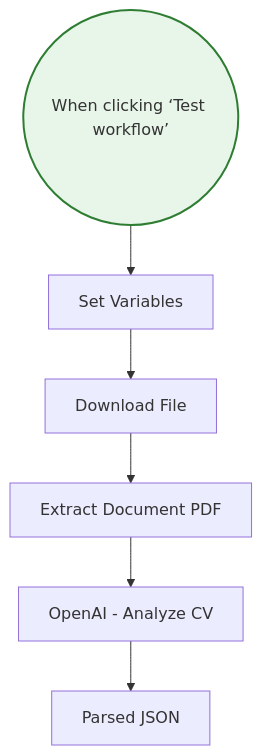
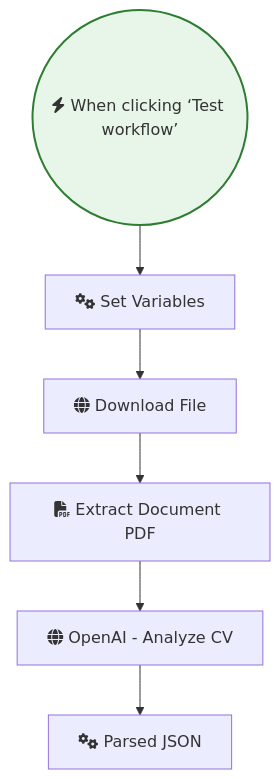
Before and after one commit to sreyash3105/N8N-DEMO-AUTOMATIONS: the diagram in HR_and_Recruitment/CV Screening with OpenAI.md, drawn with Mermaid. The commit also changed 291 other files, not shown here.

````diff
--- a/HR_and_Recruitment/CV Screening with OpenAI.md
+++ b/HR_and_Recruitment/CV Screening with OpenAI.md
@@ -1,19 +1,19 @@
 ```mermaid
 graph TD
     classDef trigger fill:#e8f5e9,stroke:#2e7d32,stroke-width:2px;
     classDef ai fill:#e3f2fd,stroke:#1565c0,stroke-width:2px;
     classDef logic fill:#fff3e0,stroke:#ef6c00,stroke-width:2px;
 
-    Extract_Document_PDF["Extract Document PDF"]
-    Download_File["Download File"]
-    When_clicking__Test_workflow_(("When clicking ‘Test workflow’")):::trigger
-    OpenAI___Analyze_CV["OpenAI - Analyze CV"]
-    Set_Variables["Set Variables"]
-    Parsed_JSON["Parsed JSON"]
+    Extract_Document_PDF["fas:fa-file-pdf Extract Document PDF"]
+    Download_File["fas:fa-globe Download File"]
+    When_clicking__Test_workflow_(("fas:fa-bolt When clicking ‘Test workflow’")):::trigger
+    OpenAI___Analyze_CV["fas:fa-globe OpenAI - Analyze CV"]
+    Set_Variables["fas:fa-cogs Set Variables"]
+    Parsed_JSON["fas:fa-cogs Parsed JSON"]
 
     Download_File --> Extract_Document_PDF
     Set_Variables --> Download_File
     OpenAI___Analyze_CV --> Parsed_JSON
     Extract_Document_PDF --> OpenAI___Analyze_CV
     When_clicking__Test_workflow_ --> Set_Variables
 ```
````
